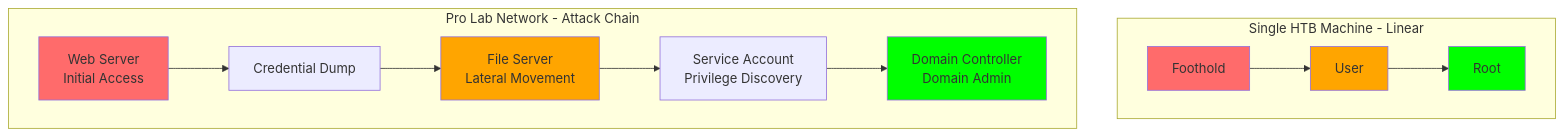
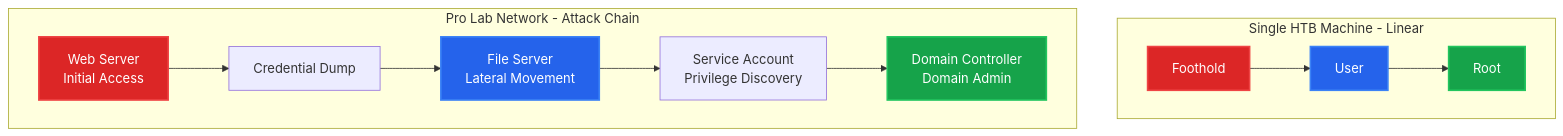
The second of 2 diagrams in site/src/content/posts/hackthebox-to-boardroom.md (backspace-shmackspace/bksp.ca), drawn with Mermaid before and after one commit.

Commit message:
Improve attack chain diagram colors for better contrast and site consistency
Changed from bright yellow/green to darker, more saturated colors:
- Red (#dc2626) for initial access
- Blue (#2563eb) for intermediate steps (matches site theme)
- Green (#16a34a) for objectives
- White text on all nodes for readable contrast

````diff
--- a/site/src/content/posts/hackthebox-to-boardroom.md
+++ b/site/src/content/posts/hackthebox-to-boardroom.md
@@ -69,22 +69,22 @@
 ```mermaid
 graph TD
     subgraph "Single HTB Machine - Linear"
     A1[Foothold] --> B1[User]
     B1 --> C1[Root]
     end
 
     subgraph "Pro Lab Network - Attack Chain"
     A2[Web Server<br/>Initial Access] --> B2[Credential Dump]
     B2 --> C2[File Server<br/>Lateral Movement]
     C2 --> D2[Service Account<br/>Privilege Discovery]
     D2 --> E2[Domain Controller<br/>Domain Admin]
     end
 
-    style A1 fill:#ff6b6b
-    style B1 fill:#ffa500
-    style C1 fill:#00ff00
+    style A1 fill:#dc2626,stroke:#ef4444,stroke-width:2px,color:#fff
+    style B1 fill:#2563eb,stroke:#3b82f6,stroke-width:2px,color:#fff
+    style C1 fill:#16a34a,stroke:#22c55e,stroke-width:2px,color:#fff
 
-    style A2 fill:#ff6b6b
-    style C2 fill:#ffa500
-    style E2 fill:#00ff00
+    style A2 fill:#dc2626,stroke:#ef4444,stroke-width:2px,color:#fff
+    style C2 fill:#2563eb,stroke:#3b82f6,stroke-width:2px,color:#fff
+    style E2 fill:#16a34a,stroke:#22c55e,stroke-width:2px,color:#fff
 ```
````
